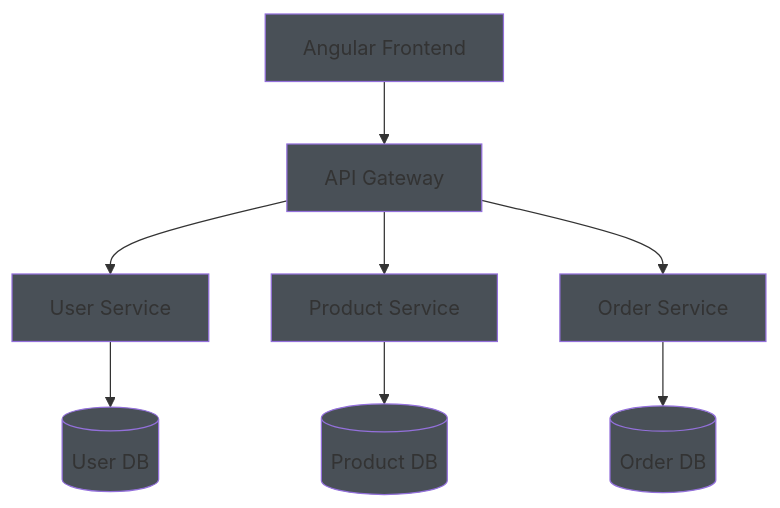
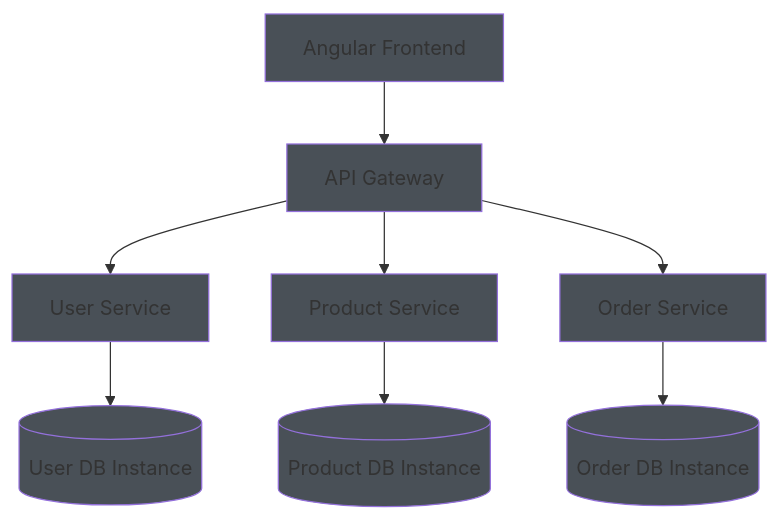
The eighth of 8 diagrams in database-architecture-patterns.md (nayanvithanage/code_20-architecture-practice), drawn with Mermaid before and after one commit. The commit also changed other lines of this file and 3 other files, not shown here.

Commit message:
refactor: update PostgreSQL terminology to enhance clarity across architecture documentation

````diff
--- a/database-architecture-patterns.md
+++ b/database-architecture-patterns.md
@@ -280,20 +280,20 @@
 ```mermaid
 graph TD
     A[Angular Frontend] --> B[API Gateway]
     B --> C[User Service]
     B --> D[Product Service]
     B --> E[Order Service]
     
-    C --> F[(User DB)]
-    D --> G[(Product DB)]
-    E --> H[(Order DB)]
+    C --> F[(User DB Instance)]
+    D --> G[(Product DB Instance)]
+    E --> H[(Order DB Instance)]
     
     style A fill:#495057
     style B fill:#495057
     style C fill:#495057
     style D fill:#495057
     style E fill:#495057
     style F fill:#495057
     style G fill:#495057
     style H fill:#495057
 ```
````
